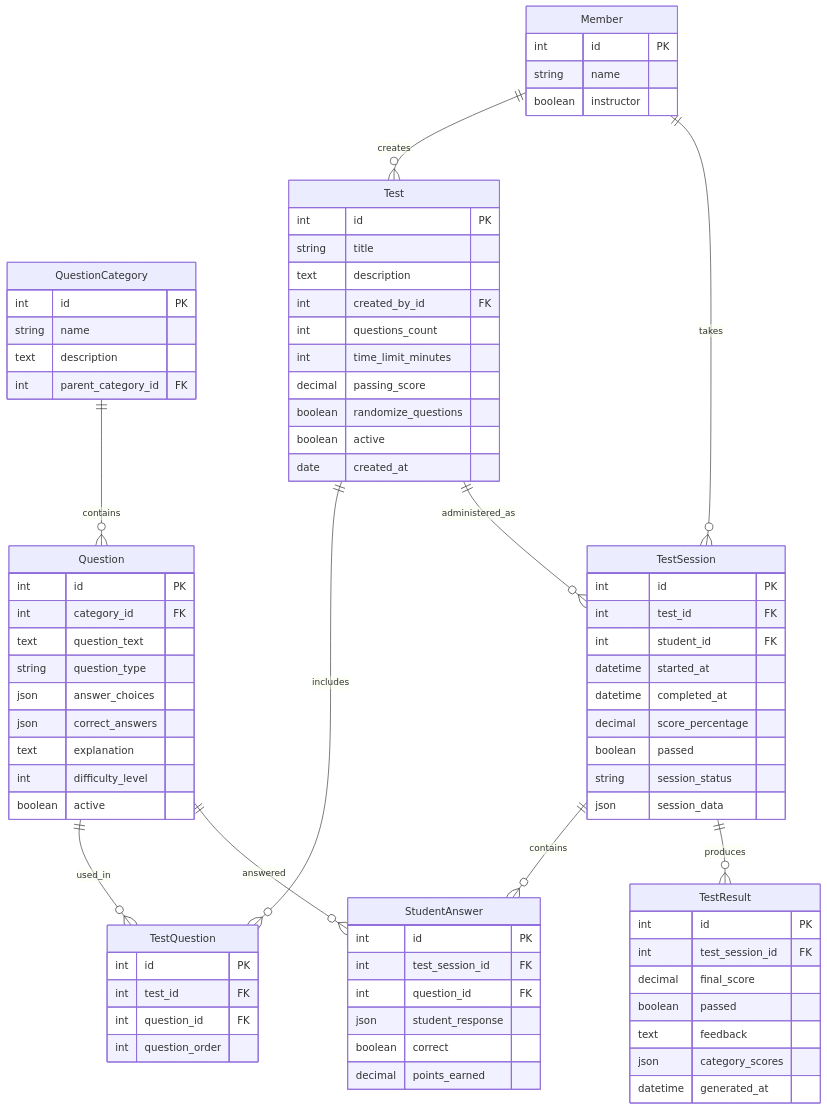
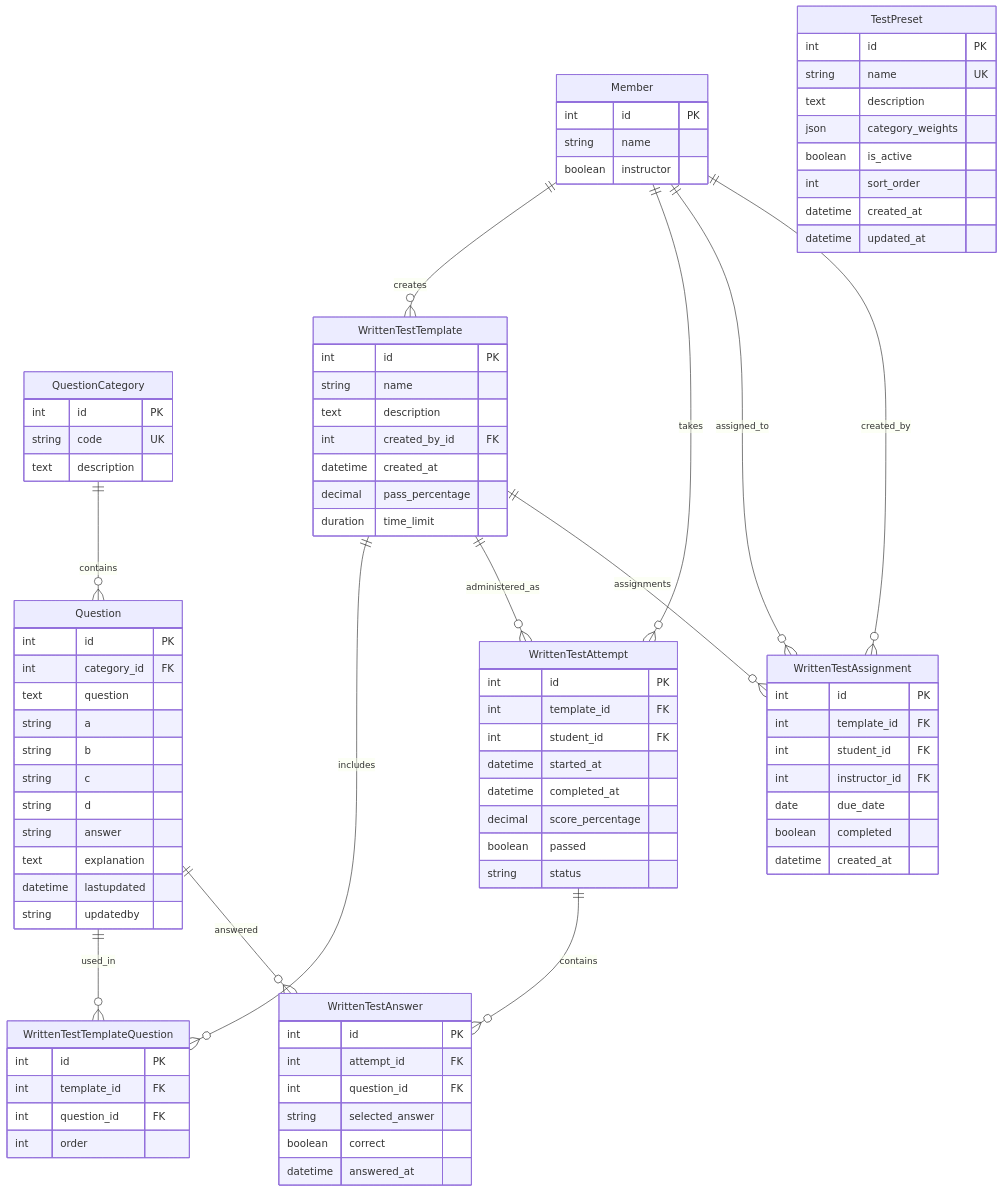
The fifth of 12 diagrams in docs/workflows/09-knowledge-test-lifecycle.md (pietbarber/Manage2Soar), drawn with Mermaid before and after one commit. The commit also changed other lines of this file, not shown here.

Commit message:
Enhance knowledge test lifecycle documentation with configurable test presets and updated model details

````diff
--- a/docs/workflows/09-knowledge-test-lifecycle.md
+++ b/docs/workflows/09-knowledge-test-lifecycle.md
@@ -184,83 +190,93 @@
         boolean instructor
     }
     
+    TestPreset {
+        int id PK
+        string name UK
+        text description
+        json category_weights
+        boolean is_active
+        int sort_order
+        datetime created_at
+        datetime updated_at
+    }
+    
     QuestionCategory {
         int id PK
-        string name
+        string code UK
         text description
-        int parent_category_id FK
     }
     
     Question {
         int id PK
         int category_id FK
-        text question_text
-        string question_type
-        json answer_choices
-        json correct_answers
+        text question
+        string a
+        string b
+        string c
+        string d
+        string answer
         text explanation
-        int difficulty_level
-        boolean active
+        datetime lastupdated
+        string updatedby
     }
     
-    Test {
+    WrittenTestTemplate {
         int id PK
-        string title
+        string name
         text description
         int created_by_id FK
-        int questions_count
-        int time_limit_minutes
-        decimal passing_score
-        boolean randomize_questions
-        boolean active
-        date created_at
+        datetime created_at
+        decimal pass_percentage
+        duration time_limit
     }
     
-    TestQuestion {
+    WrittenTestTemplateQuestion {
         int id PK
-        int test_id FK
+        int template_id FK
         int question_id FK
-        int question_order
+        int order
     }
     
-    TestSession {
+    WrittenTestAttempt {
         int id PK
-        int test_id FK
+        int template_id FK
         int student_id FK
         datetime started_at
         datetime completed_at
         decimal score_percentage
         boolean passed
-        string session_status
-        json session_data
+        string status
     }
     
-    StudentAnswer {
+    WrittenTestAnswer {
         int id PK
-        int test_session_id FK
+        int attempt_id FK
         int question_id FK
-        json student_response
+        string selected_answer
         boolean correct
-        decimal points_earned
+        datetime answered_at
     }
     
-    TestResult {
+    WrittenTestAssignment {
         int id PK
-        int test_session_id FK
-        decimal final_score
-        boolean passed
-        text feedback
-        json category_scores
-        datetime generated_at
+        int template_id FK
+        int student_id FK
+        int instructor_id FK
+        date due_date
+        boolean completed
+        datetime created_at
     }
     
-    Member ||--o{ Test : creates
-    Member ||--o{ TestSession : takes
+    Member ||--o{ WrittenTestTemplate : creates
+    Member ||--o{ WrittenTestAttempt : takes
+    Member ||--o{ WrittenTestAssignment : assigned_to
+    Member ||--o{ WrittenTestAssignment : created_by
     QuestionCategory ||--o{ Question : contains
-    Question ||--o{ TestQuestion : used_in
-    Test ||--o{ TestQuestion : includes
-    Test ||--o{ TestSession : administered_as
-    TestSession ||--o{ StudentAnswer : contains
-    TestSession ||--o{ TestResult : produces
-    Question ||--o{ StudentAnswer : answered
+    Question ||--o{ WrittenTestTemplateQuestion : used_in
+    WrittenTestTemplate ||--o{ WrittenTestTemplateQuestion : includes
+    WrittenTestTemplate ||--o{ WrittenTestAttempt : administered_as
+    WrittenTestTemplate ||--o{ WrittenTestAssignment : assignments
+    WrittenTestAttempt ||--o{ WrittenTestAnswer : contains
+    Question ||--o{ WrittenTestAnswer : answered
 ```
````
